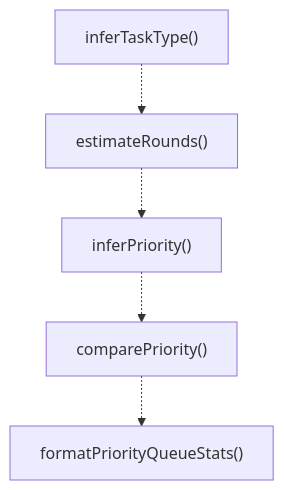
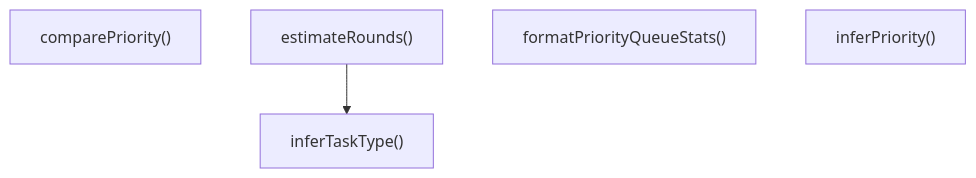
Before and after one commit to Mekann2904/mekann: the second of 2 diagrams in ABDD/.pi/lib/priority-scheduler.md, drawn with Mermaid. The commit also changed other lines of this file and 277 other files, not shown here.

````diff
--- a/ABDD/.pi/lib/priority-scheduler.md
+++ b/ABDD/.pi/lib/priority-scheduler.md
@@ -85,12 +85,9 @@
 ```mermaid
 flowchart TD
+  comparePriority["comparePriority()"]
+  estimateRounds["estimateRounds()"]
+  formatPriorityQueueStats["formatPriorityQueueStats()"]
+  inferPriority["inferPriority()"]
   inferTaskType["inferTaskType()"]
-  estimateRounds["estimateRounds()"]
-  inferPriority["inferPriority()"]
-  comparePriority["comparePriority()"]
-  formatPriorityQueueStats["formatPriorityQueueStats()"]
-  inferTaskType -.-> estimateRounds
-  estimateRounds -.-> inferPriority
-  inferPriority -.-> comparePriority
-  comparePriority -.-> formatPriorityQueueStats
+  estimateRounds --> inferTaskType
 ```
````
